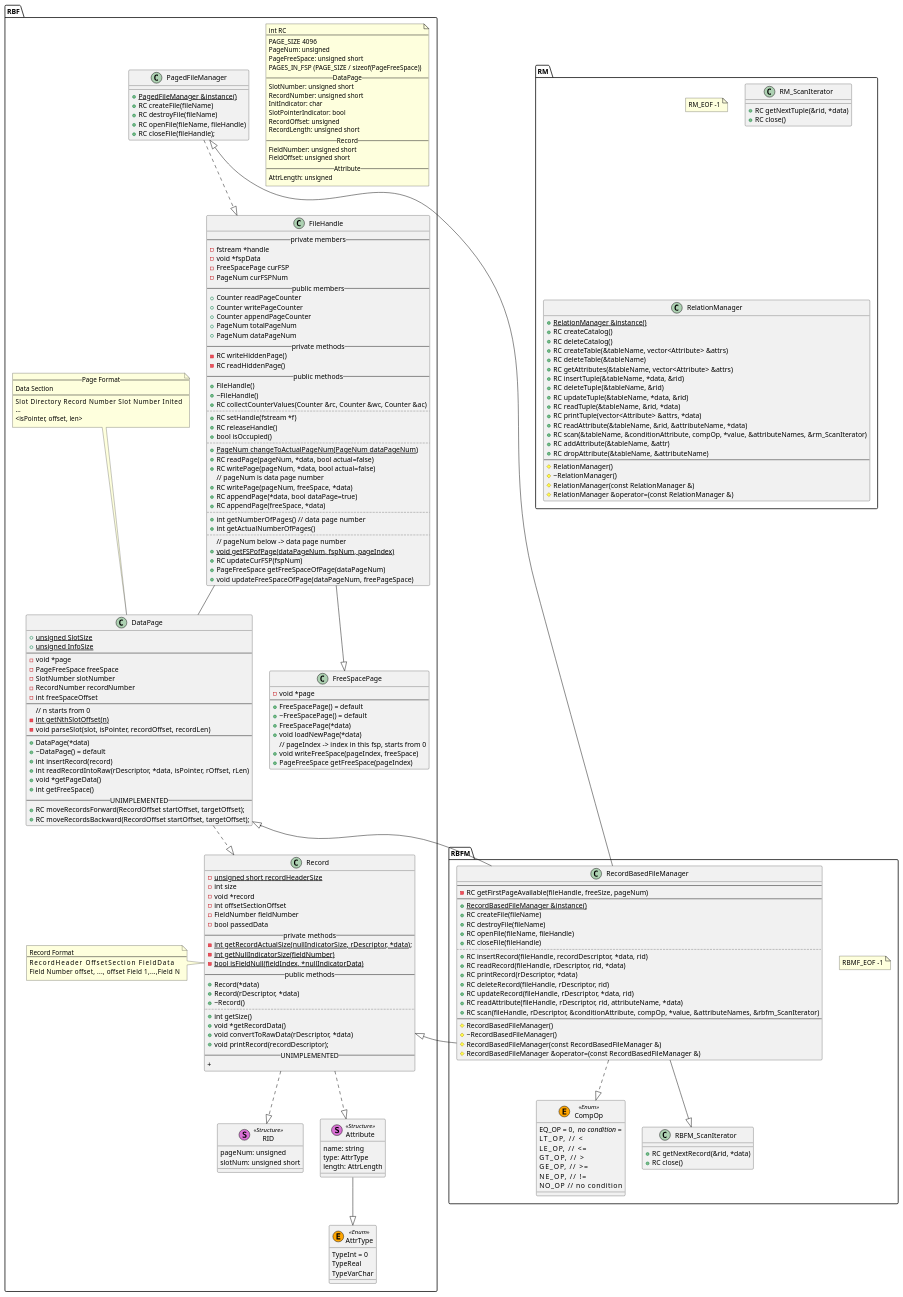
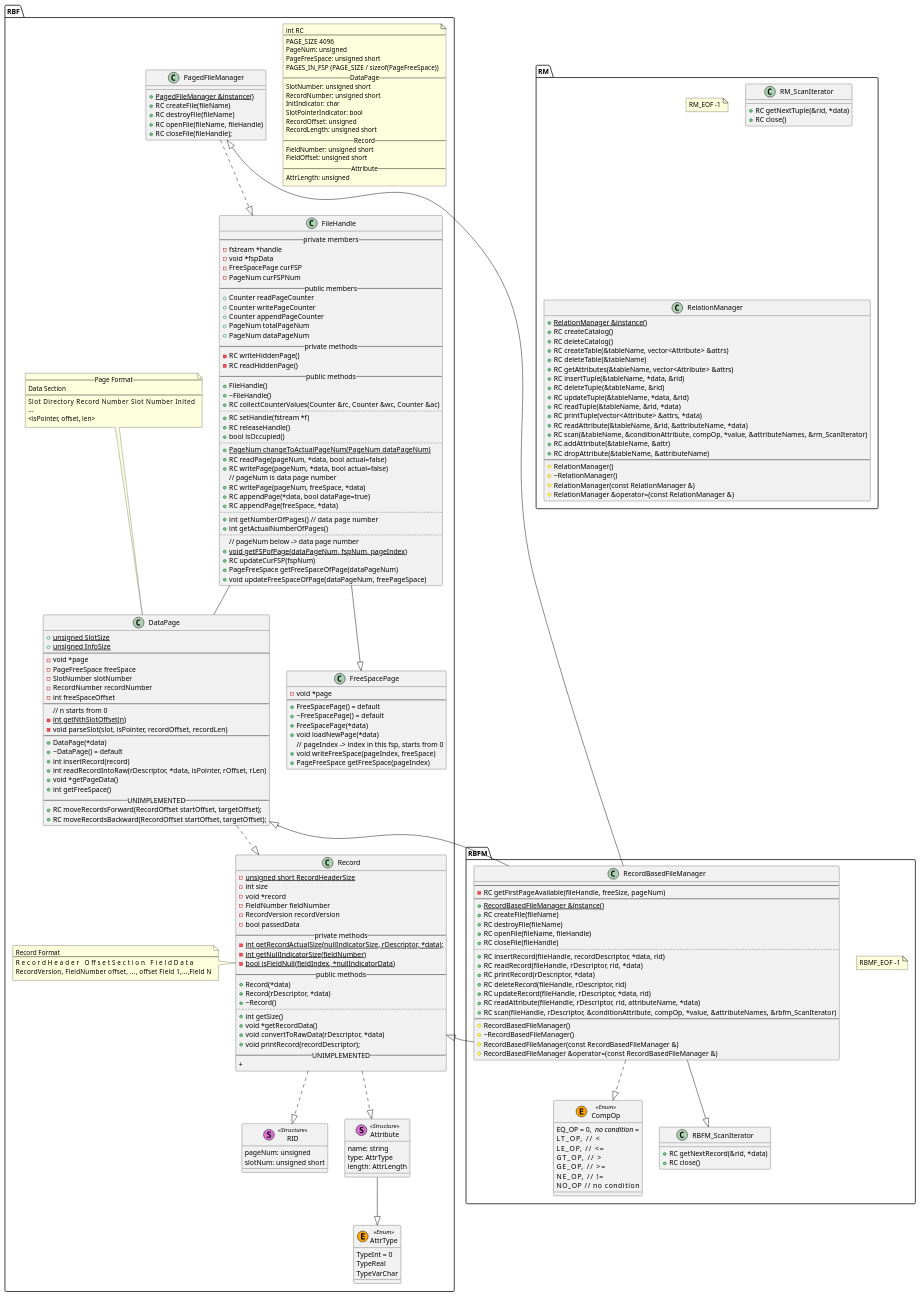
One commit to gyh1621/SimpleDatabase changed the diagram in docs/classes.puml. Above: the diagram before and after it, drawn with PlantUML. The commit also changed 2 other files, not shown here.

Commit message:
add RecordVersion field

```diff
--- a/docs/classes.puml
+++ b/docs/classes.puml
@@ -147,11 +147,11 @@
     }
 
     class Record {
-        {static} -unsigned short recordHeaderSize
+        {static} -unsigned short RecordHeaderSize
         -int size
         -void *record
-        -int offsetSectionOffset
         -FieldNumber fieldNumber
+        -RecordVersion recordVersion
         -bool passedData
         -- private methods --
         {static} -int getRecordActualSize(nullIndicatorSize, rDescriptor, *data);
@@ -173,8 +173,8 @@
     note left of Record
     Record Format
     ----
-    RecordHeader       OffsetSection             FieldData
-    Field Number    offset, ..., offset     Field 1,...,Field N
+    RecordHeader                           OffsetSection             FieldData
+    RecordVersion, FieldNumber    offset, ..., offset     Field 1,...,Field N
     end note
 }
 
```
